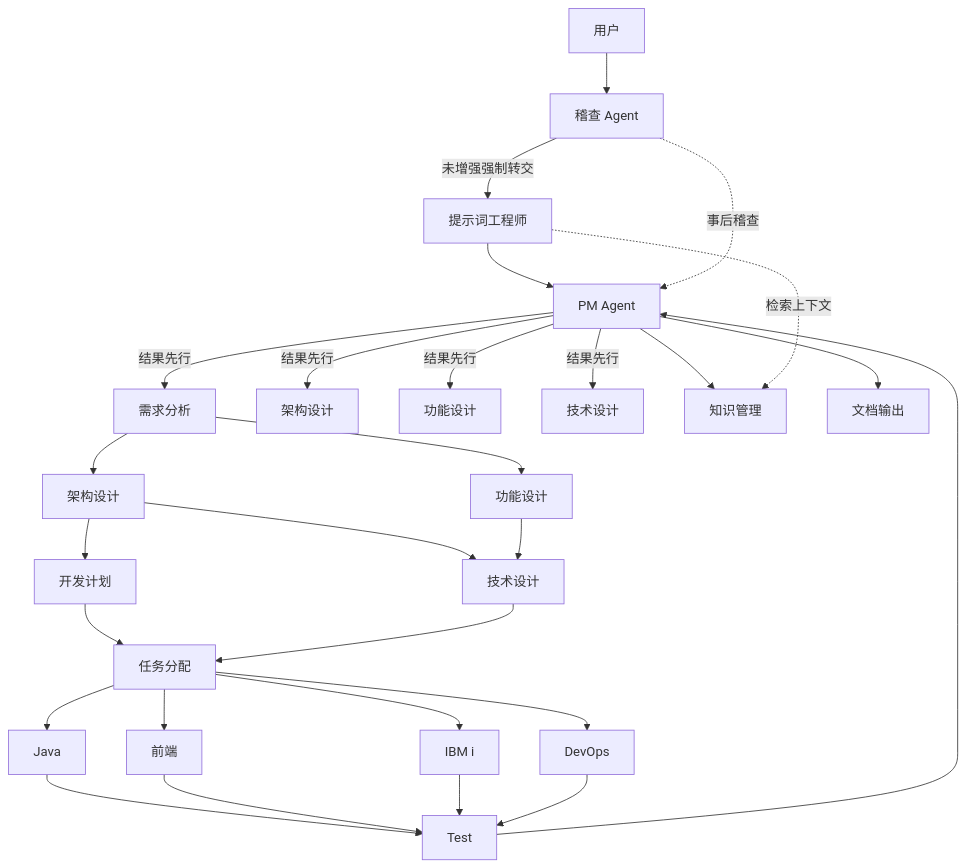
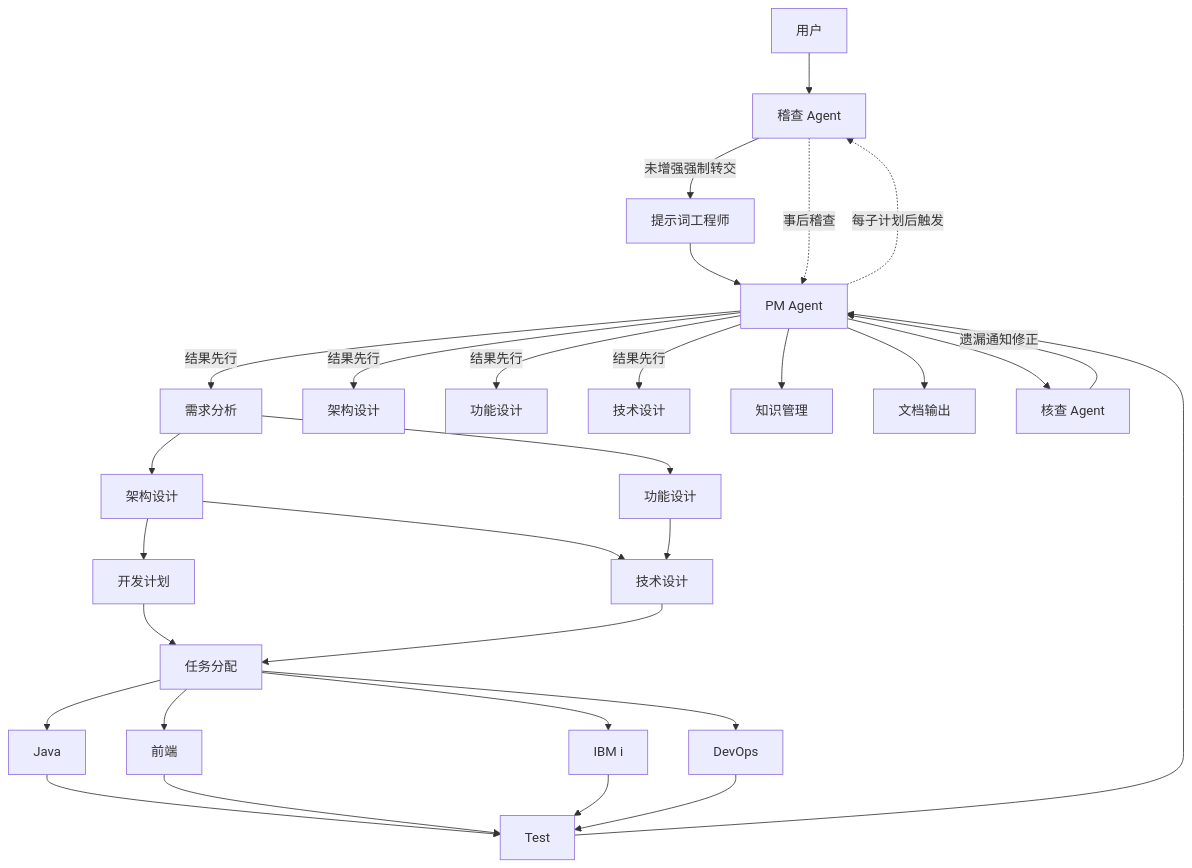
One commit to SoulTam/project-agents changed the diagram in .ai-team/rules/agent-roles.md. Above: the diagram before and after it, drawn with Mermaid. The commit also changed other lines of this file and 16 other files, not shown here.

````diff
--- a/.ai-team/rules/agent-roles.md
+++ b/.ai-team/rules/agent-roles.md
@@ -32,30 +33,32 @@
 ```mermaid
 graph TD
     User[用户] --> Audit[稽查 Agent]
     Audit -->|未增强强制转交| PE[提示词工程师]
     PE --> PM[PM Agent]
     PM -->|结果先行| RA[需求分析]
     PM -->|结果先行| AD[架构设计]
     PM -->|结果先行| FD[功能设计]
     PM -->|结果先行| TD[技术设计]
     PM --> KM[知识管理]
     RA --> AD2[架构设计]
     RA --> FD2[功能设计]
     AD2 --> TD2[技术设计]
     FD2 --> TD2
     AD2 --> DP[开发计划]
     DP --> TA[任务分配]
     TD2 --> TA
     TA --> Java
     TA --> FE[前端]
     TA --> IBMI[IBM i]
     TA --> DevOps
     Java --> Test
     FE --> Test
     IBMI --> Test
     DevOps --> Test
     Test --> PM
     PM --> Doc[文档输出]
-    PE -.->|检索上下文| KM
+    PM --> VA[核查 Agent]
+    VA -->|遗漏通知修正| PM
     Audit -.->|事后稽查| PM
+    PM -.->|每子计划后触发| Audit
 ```
````
